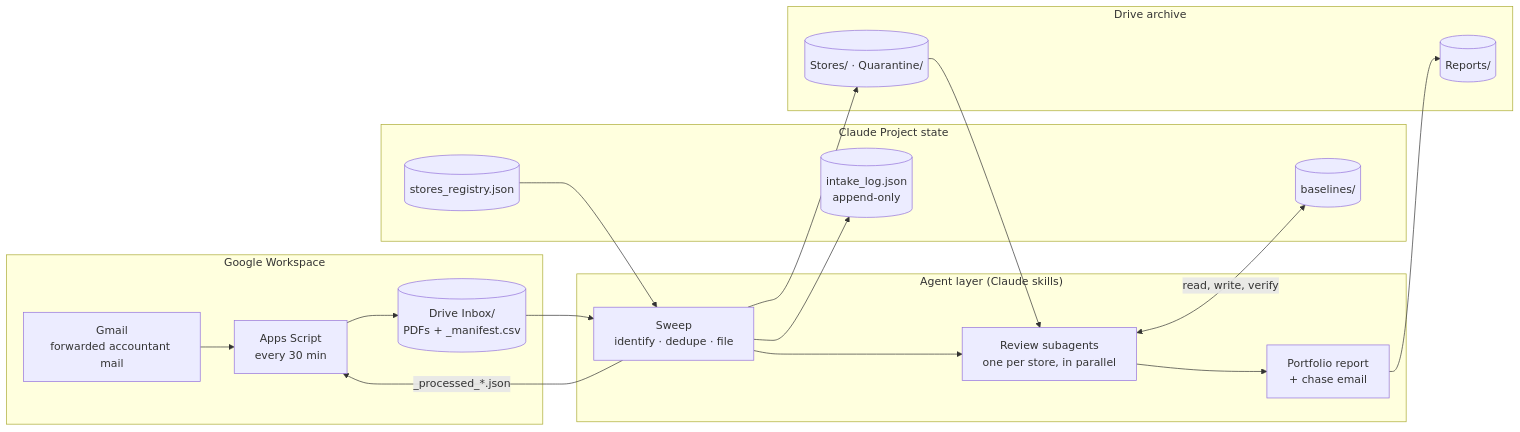
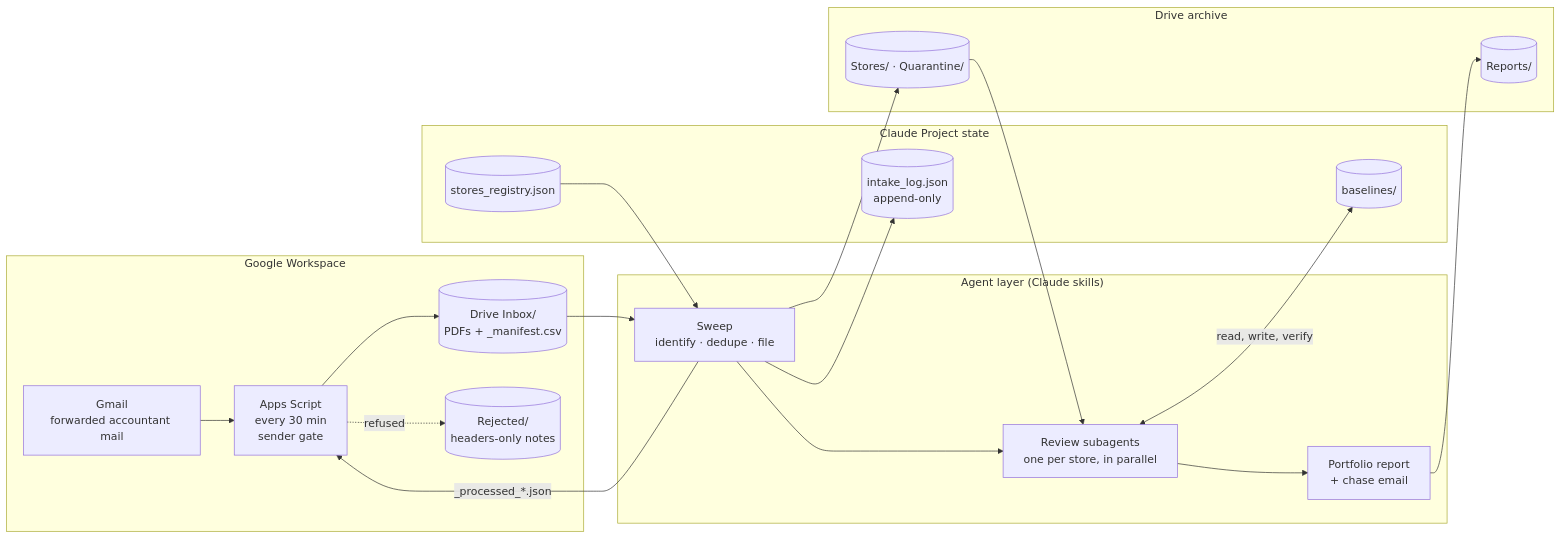
One commit to shroach03/pnl-analyzer changed the first of 2 diagrams in docs/architecture.md. Above: the diagram before and after it, drawn with Mermaid. The commit also changed other lines of this file and 55 other files, not shown here.

````diff
--- a/docs/architecture.md
+++ b/docs/architecture.md
@@ -7,34 +7,35 @@
 ```mermaid
 flowchart LR
     subgraph G["Google Workspace"]
-        GM["Gmail<br/>forwarded accountant mail"] --> AS["Apps Script<br/>every 30 min"]
+        GM["Gmail<br/>forwarded accountant mail"] --> AS["Apps Script<br/>every 30 min<br/>sender gate"]
         AS --> IN[("Drive Inbox/<br/>PDFs + _manifest.csv")]
+        AS -. "refused" .-> RJ[("Rejected/<br/>headers-only notes")]
     end
 
     subgraph AG["Agent layer (Claude skills)"]
         SW["Sweep<br/>identify · dedupe · file"]
         RV["Review subagents<br/>one per store, in parallel"]
         RP["Portfolio report<br/>+ chase email"]
         SW --> RV --> RP
     end
 
     subgraph ST["Claude Project state"]
         REG[("stores_registry.json")]
         LOG[("intake_log.json<br/>append-only")]
         BL[("baselines/")]
     end
 
     subgraph DR["Drive archive"]
         FILED[("Stores/ · Quarantine/")]
         REPORTS[("Reports/")]
     end
 
     IN --> SW
     REG --> SW
     SW --> LOG
     SW --> FILED
     SW -- "_processed_*.json" --> AS
     FILED --> RV
     RV <-- "read, write, verify" --> BL
     RP --> REPORTS
 ```
````
